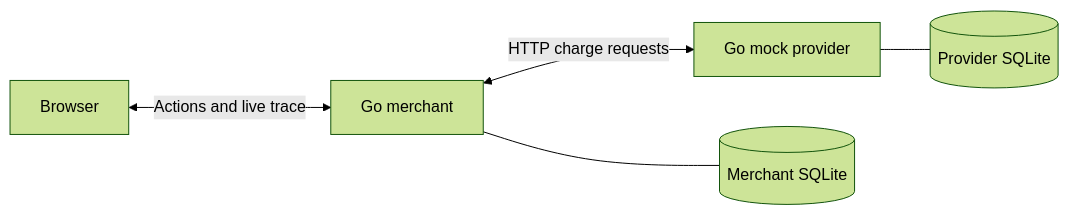
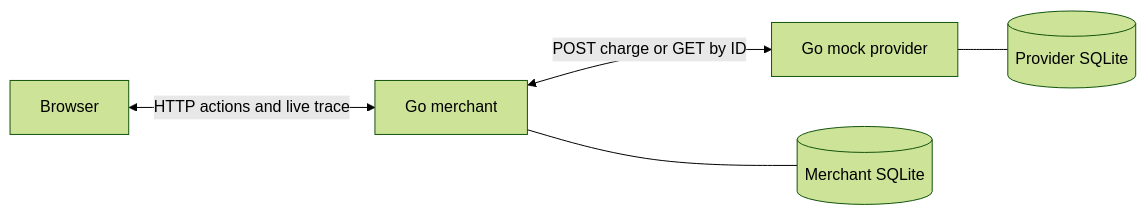
Before and after one commit to Indra55/schrodingers_charge: the diagram in README.md, drawn with Mermaid (forest theme). The commit also changed other lines of this file, not shown here.

````diff
--- a/README.md
+++ b/README.md
@@ -13,12 +15,12 @@
 ```mermaid
 flowchart LR
     B["Browser"]
     M["Go merchant"]
     P["Go mock provider"]
     MDB[("Merchant SQLite")]
     PDB[("Provider SQLite")]
-    B <-->|"Actions and live trace"| M
-    M <-->|"HTTP charge requests"| P
+    B <-->|"HTTP actions and live trace"| M
+    M <-->|"POST charge or GET by ID"| P
     M --- MDB
     P --- PDB
 ```
````
